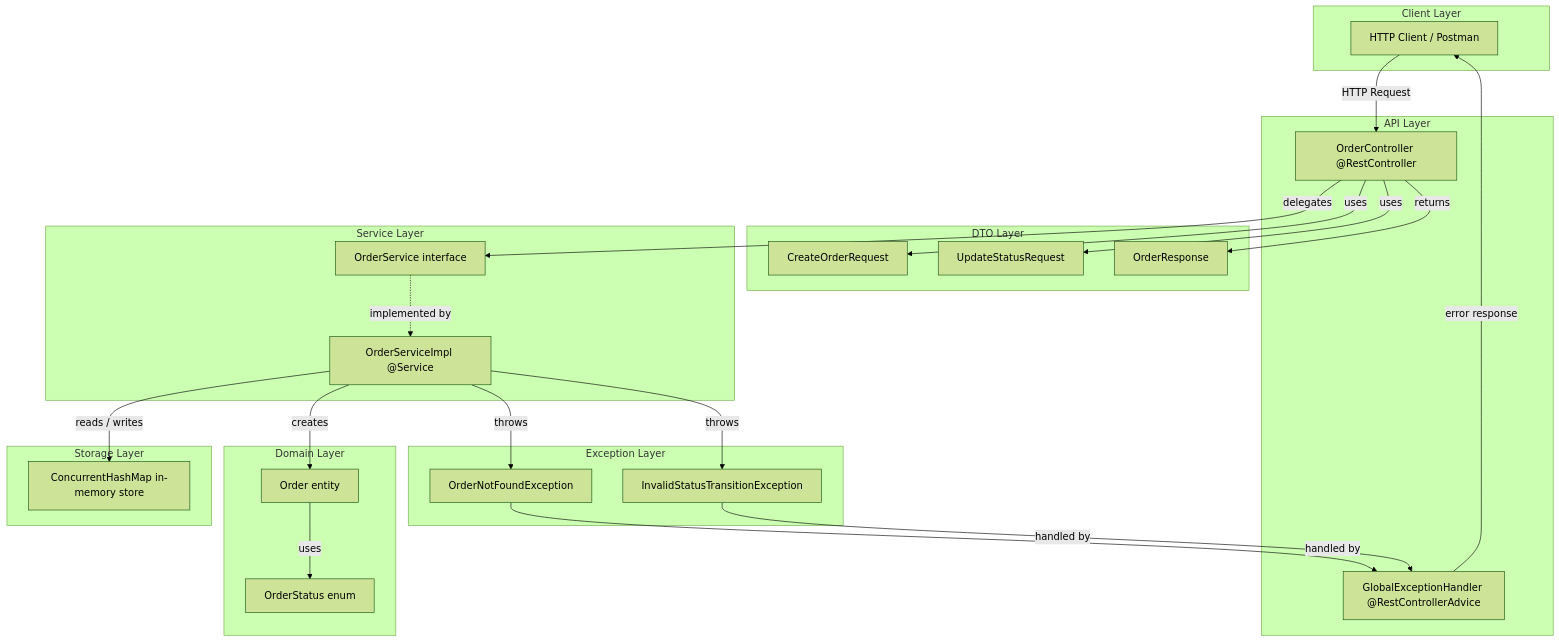
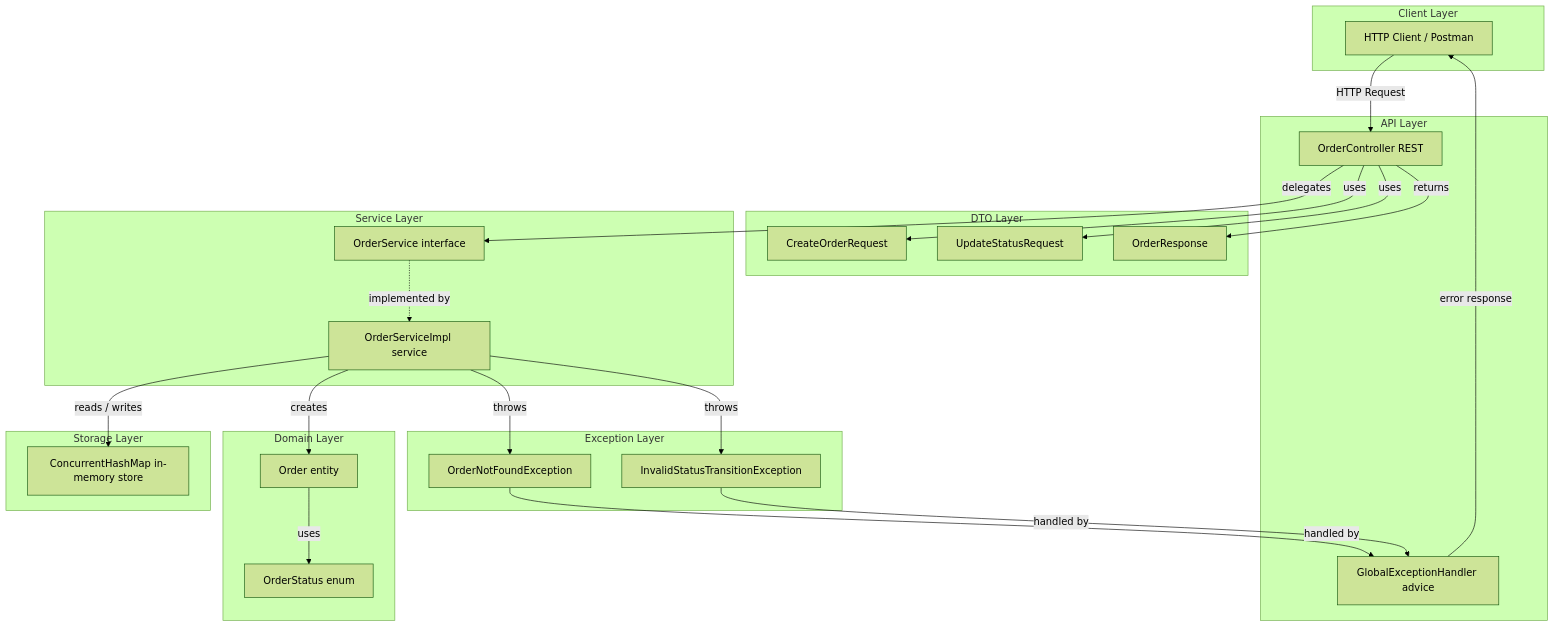
The third of 5 diagrams in Order_management_service/README.md (saifaofficial21/Reflection), drawn with Mermaid (forest theme) before and after one commit. The commit also changed other lines of this file, not shown here.

Commit message:
docs: simplify Mermaid for GitHub (avoid braces, at-sign, autonumber)

````diff
--- a/Order_management_service/README.md
+++ b/Order_management_service/README.md
@@ -379,51 +378,51 @@
 ```mermaid
 graph TD
     subgraph clientLayer [Client Layer]
         C[HTTP Client / Postman]
     end
 
     subgraph apiLayer [API Layer]
-        CTRL[OrderController @RestController]
-        GEH[GlobalExceptionHandler @RestControllerAdvice]
+        CTRL[OrderController REST]
+        GEH[GlobalExceptionHandler advice]
     end
 
     subgraph dtoLayer [DTO Layer]
         COR[CreateOrderRequest]
         USR[UpdateStatusRequest]
         OR[OrderResponse]
     end
 
     subgraph serviceLayer [Service Layer]
         SVC[OrderService interface]
-        SVCI[OrderServiceImpl @Service]
+        SVCI[OrderServiceImpl service]
     end
 
     subgraph domainLayer [Domain Layer]
         ORDER[Order entity]
         STATUS[OrderStatus enum]
     end
 
     subgraph storageLayer [Storage Layer]
         MAP[ConcurrentHashMap in-memory store]
     end
 
     subgraph exceptionLayer [Exception Layer]
         ONF[OrderNotFoundException]
         IST[InvalidStatusTransitionException]
     end
 
     C -->|HTTP Request| CTRL
     CTRL -->|delegates| SVC
     SVC -.->|implemented by| SVCI
     SVCI -->|reads / writes| MAP
     SVCI -->|creates| ORDER
     ORDER -->|uses| STATUS
     CTRL -->|uses| COR
     CTRL -->|uses| USR
     CTRL -->|returns| OR
     SVCI -->|throws| ONF
     SVCI -->|throws| IST
     ONF -->|handled by| GEH
     IST -->|handled by| GEH
     GEH -->|error response| C
 ```
````
